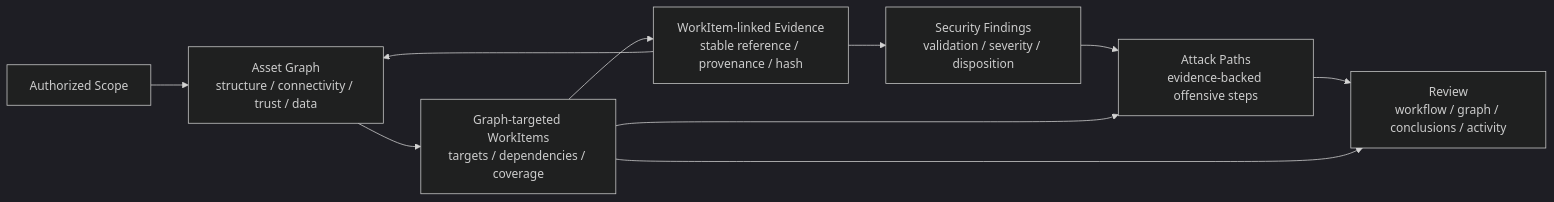
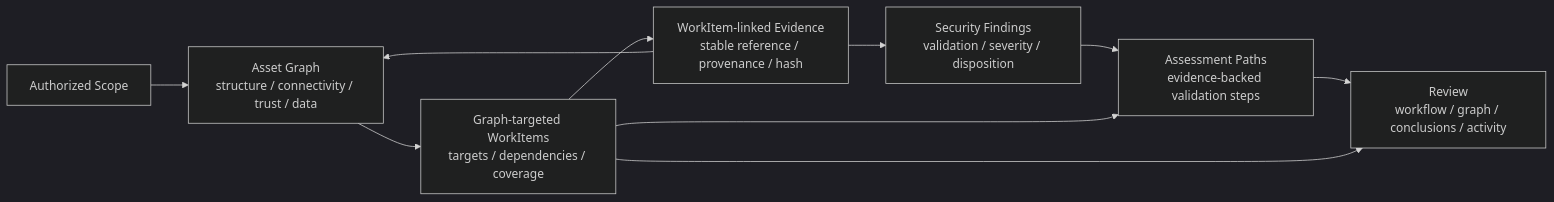
One commit to 1sLand99/Z3r0 changed the third of 4 diagrams in README.md. Above: the diagram before and after it, drawn with Mermaid (dark theme). The commit also changed other lines of this file and 31 other files, not shown here.

````diff
--- a/README.md
+++ b/README.md
@@ -152,16 +147,16 @@
 ```mermaid
 flowchart LR
   Scope["Authorized Scope"]
   GraphData["Asset Graph<br/>structure / connectivity / trust / data"]
   Work["Graph-targeted WorkItems<br/>targets / dependencies / coverage"]
   Evidence["WorkItem-linked Evidence<br/>stable reference / provenance / hash"]
   Findings["Security Findings<br/>validation / severity / disposition"]
-  Paths["Attack Paths<br/>evidence-backed offensive steps"]
+  Paths["Assessment Paths<br/>evidence-backed validation steps"]
   Review["Review<br/>workflow / graph / conclusions / activity"]
 
   Scope --> GraphData --> Work --> Evidence
   Evidence --> GraphData
   Evidence --> Findings --> Paths --> Review
   Work --> Paths
   Work --> Review
 ```
````
